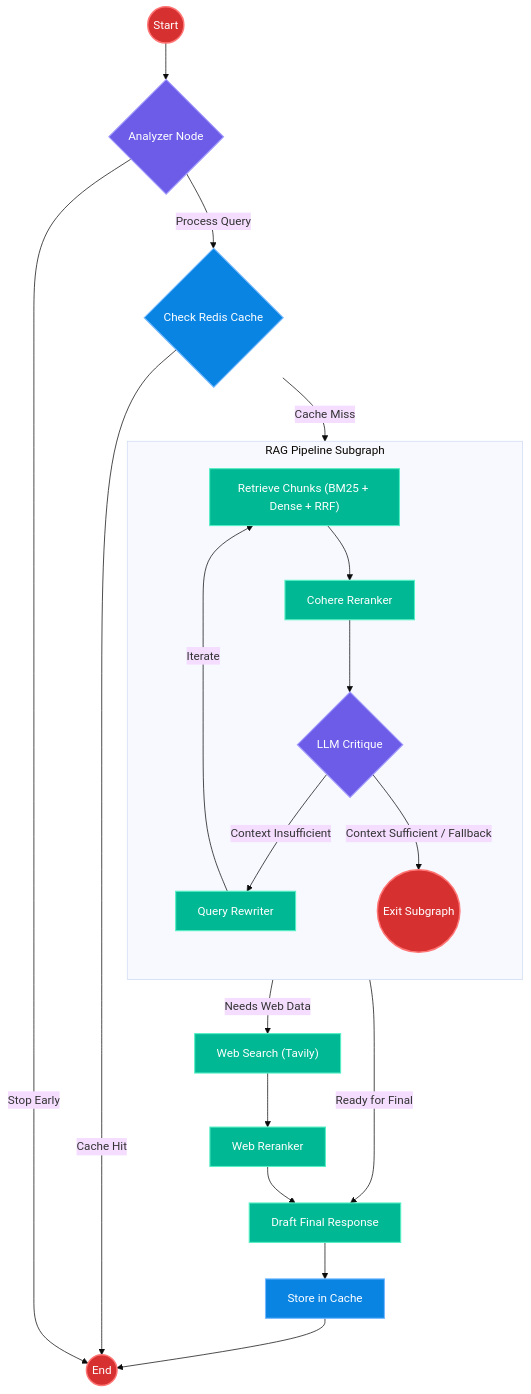
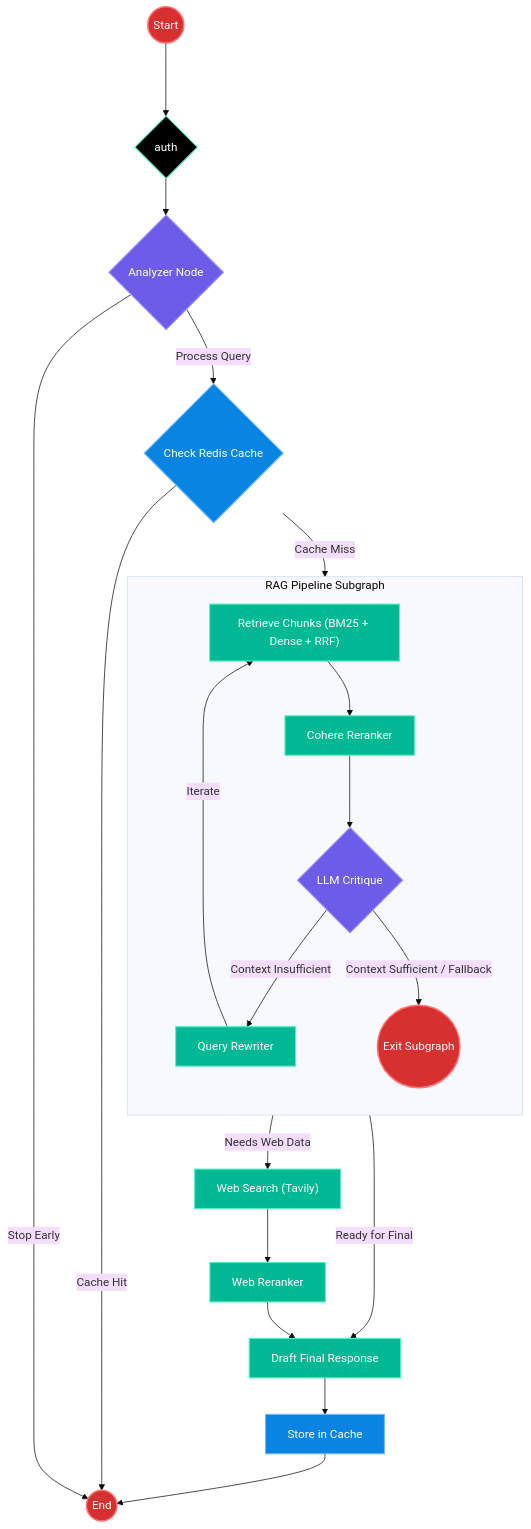
The diagram in README.md (ashwath-tech/Open-Source-Agent), drawn with Mermaid (base theme) before and after one commit.

````diff
--- a/README.md
+++ b/README.md
@@ -16,53 +16,56 @@
 ```mermaid
 flowchart TD
     %% ===== Styling =====
     classDef process fill:#00b894,color:#ffffff,stroke:#55efc4,stroke-width:1.5px;
+    classDef auth fill:#000000,color:#ffffff,stroke:#55efc4,stroke-width:1.5px;
     classDef decision fill:#6c5ce7,color:#ffffff,stroke:#a29bfe,stroke-width:1.5px;
     classDef cache fill:#0984e3,color:#ffffff,stroke:#74b9ff,stroke-width:1.5px;
     classDef endpoint fill:#d63031,color:#ffffff,stroke:#ff7675,stroke-width:2px;
 
     %% ===== Main Flow =====
     Start((Start)):::endpoint
     End((End)):::endpoint
 
+    Auth{"auth"}:::auth
     Analyzer{"Analyzer Node"}:::decision
     CheckCache{"Check Redis Cache"}:::cache
     StoreCache["Store in Cache"]:::cache
 
     WebSearch["Web Search (Tavily)"]:::process
     WebRerank["Web Reranker"]:::process
     Final["Draft Final Response"]:::process
 
     %% ===== Main Routing =====
-    Start --> Analyzer
+    Start ---> Auth
+    Auth --> Analyzer
     Analyzer -- "Stop Early" --> End
     Analyzer -- "Process Query" --> CheckCache
 
     CheckCache -- "Cache Hit" --> End
     CheckCache -- "Cache Miss" --> RAG_Pipeline
 
     %% ===== RAG Subgraph =====
     subgraph RAG_Pipeline ["RAG Pipeline Subgraph"]
         direction TB
 
         GetChunks["Retrieve Chunks (BM25 + Dense + RRF)"]:::process
         Reranker["Cohere Reranker"]:::process
         Critique{"LLM Critique"}:::decision
         Rewriter["Query Rewriter"]:::process
 
         GetChunks --> Reranker --> Critique
         
         Critique -- "Context Insufficient" --> Rewriter
         Rewriter -->|"Iterate"| GetChunks
         
         Critique -- "Context Sufficient / Fallback" --> SubgraphExit((Exit Subgraph)):::endpoint
     end
 
     %% ===== Post-RAG Routing =====
     RAG_Pipeline -- "Needs Web Data" --> WebSearch
     RAG_Pipeline -- "Ready for Final" --> Final
 
     %% ===== Web & Finalization =====
     WebSearch --> WebRerank --> Final
     Final --> StoreCache --> End
 ```
````
